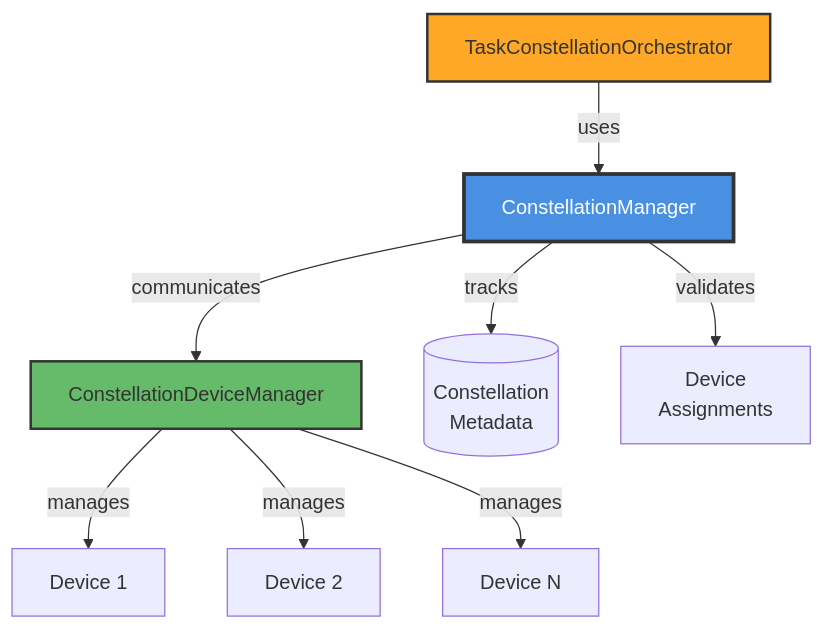
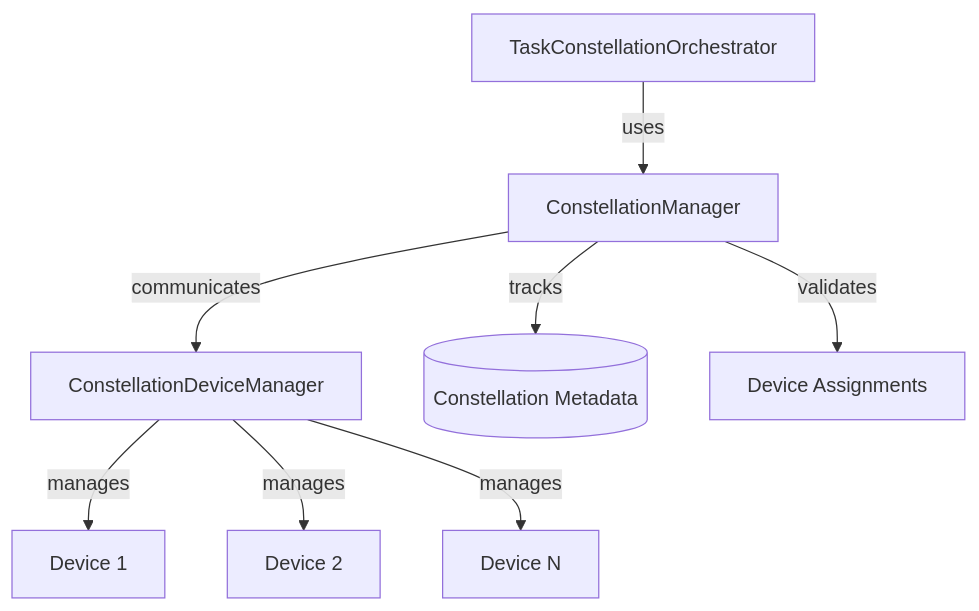
The diagram in documents/docs/galaxy/constellation_orchestrator/constellation_manager.md (microsoft/UFO), drawn with Mermaid before and after one commit. The commit also changed other lines of this file and 13 other files, not shown here.

````diff
--- a/documents/docs/galaxy/constellation_orchestrator/constellation_manager.md
+++ b/documents/docs/galaxy/constellation_orchestrator/constellation_manager.md
@@ -11,17 +11,11 @@
 ```mermaid
 graph TB
     O[TaskConstellationOrchestrator] -->|uses| CM[ConstellationManager]
     CM -->|communicates| DM[ConstellationDeviceManager]
     DM -->|manages| D1[Device 1]
     DM -->|manages| D2[Device 2]
     DM -->|manages| D3[Device N]
     
-    CM -->|tracks| MD[(Constellation
-Metadata)]
-    CM -->|validates| AS[Device
-Assignments]
-    
-    style CM fill:#4a90e2,stroke:#333,stroke-width:3px,color:#fff
-    style O fill:#ffa726,stroke:#333,stroke-width:2px
-    style DM fill:#66bb6a,stroke:#333,stroke-width:2px
+    CM -->|tracks| MD[(Constellation Metadata)]
+    CM -->|validates| AS[Device Assignments]
 ```
````
